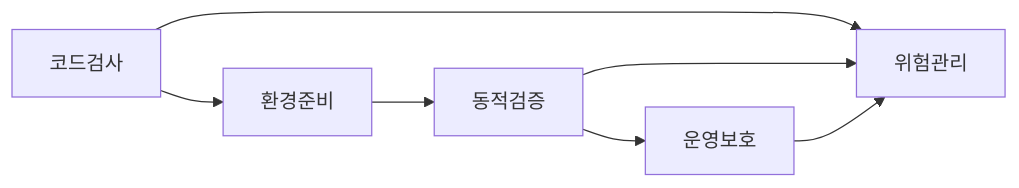
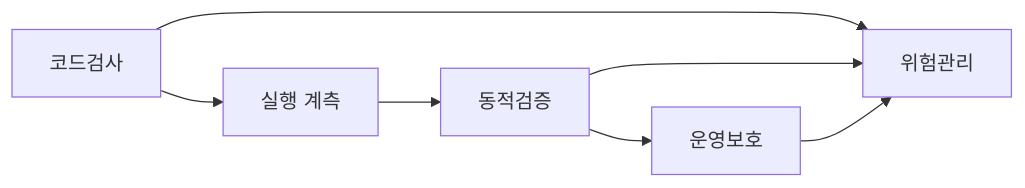
One commit to agnusdei1207/knowledge-base changed the first of 2 diagrams in src/content/docs/notes/05-security/145_sast_dast_iast_rasp.md. Above: the diagram before and after it, drawn with Mermaid. The commit also changed 1 other file, not shown here.

Commit message:
docs: 전과목 잔여 도표 핵심성 교정

````diff
--- a/src/content/docs/notes/05-security/145_sast_dast_iast_rasp.md
+++ b/src/content/docs/notes/05-security/145_sast_dast_iast_rasp.md
@@ -54,9 +54,9 @@
 ```mermaid
 flowchart LR
-    A[코드검사] --> B[환경준비]
+    A[코드검사] --> B[실행 계측]
     B --> C[동적검증]
     C --> D[운영보호]
     A --> E[위험관리]
     C --> E
     D --> E
 ```
````
